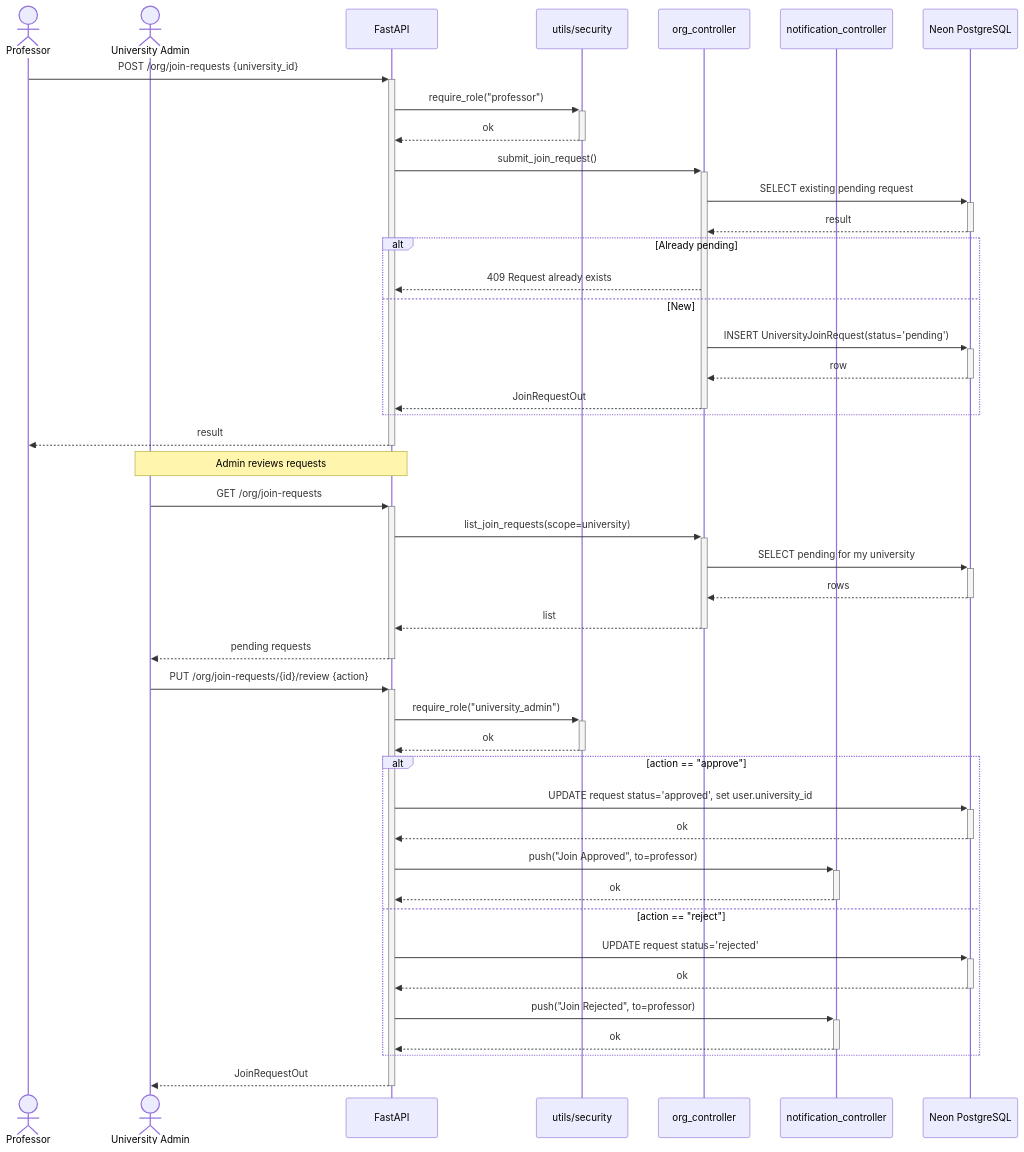
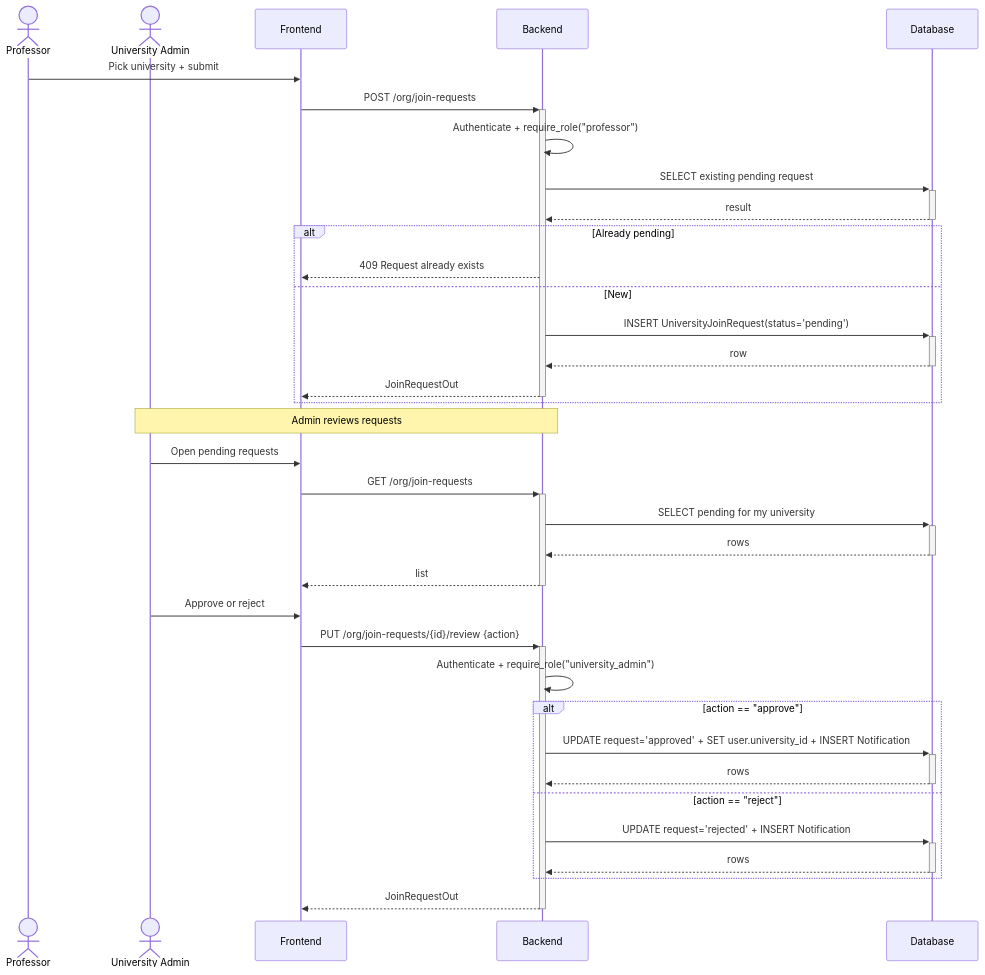
The fifth of 6 diagrams in docs/sprints/SPRINT_6.md (yazidha09/Hub4Learners), drawn with Mermaid before and after one commit. The commit also changed other lines of this file and 5 other files, not shown here.

````diff
--- a/docs/sprints/SPRINT_6.md
+++ b/docs/sprints/SPRINT_6.md
@@ -235,50 +225,41 @@
 ```mermaid
 sequenceDiagram
     actor Professor
     actor UniAdmin as University Admin
-    participant API as FastAPI
-    participant Sec as utils/security
-    participant Org as org_controller
-    participant Notif as notification_controller
-    participant DB as Neon PostgreSQL
+    participant Frontend
+    participant Backend
+    participant DB as Database
 
-    Professor->>+API: POST /org/join-requests {university_id}
-    API->>+Sec: require_role("professor")
-    Sec-->>-API: ok
-    API->>+Org: submit_join_request()
-    Org->>+DB: SELECT existing pending request
-    DB-->>-Org: result
+    Professor->>Frontend: Pick university + submit
+    Frontend->>+Backend: POST /org/join-requests
+    Backend->>Backend: Authenticate + require_role("professor")
+    Backend->>+DB: SELECT existing pending request
+    DB-->>-Backend: result
     alt Already pending
-        Org-->>API: 409 Request already exists
+        Backend-->>Frontend: 409 Request already exists
     else New
-        Org->>+DB: INSERT UniversityJoinRequest(status='pending')
-        DB-->>-Org: row
-        Org-->>-API: JoinRequestOut
+        Backend->>+DB: INSERT UniversityJoinRequest(status='pending')
+        DB-->>-Backend: row
+        Backend-->>-Frontend: JoinRequestOut
     end
-    API-->>-Professor: result
 
-    Note over UniAdmin,API: Admin reviews requests
+    Note over UniAdmin,Backend: Admin reviews requests
 
-    UniAdmin->>+API: GET /org/join-requests
-    API->>+Org: list_join_requests(scope=university)
-    Org->>+DB: SELECT pending for my university
-    DB-->>-Org: rows
-    Org-->>-API: list
-    API-->>-UniAdmin: pending requests
+    UniAdmin->>Frontend: Open pending requests
+    Frontend->>+Backend: GET /org/join-requests
+    Backend->>+DB: SELECT pending for my university
+    DB-->>-Backend: rows
+    Backend-->>-Frontend: list
 
-    UniAdmin->>+API: PUT /org/join-requests/{id}/review {action}
-    API->>+Sec: require_role("university_admin")
-    Sec-->>-API: ok
+    UniAdmin->>Frontend: Approve or reject
+    Frontend->>+Backend: PUT /org/join-requests/{id}/review {action}
+    Backend->>Backend: Authenticate + require_role("university_admin")
     alt action == "approve"
-        API->>+DB: UPDATE request status='approved', set user.university_id
-        DB-->>-API: ok
-        API->>+Notif: push("Join Approved", to=professor)
-        Notif-->>-API: ok
+        Backend->>+DB: UPDATE request='approved' + SET user.university_id + INSERT Notification
+        DB-->>-Backend: rows
     else action == "reject"
-        API->>+DB: UPDATE request status='rejected'
-        DB-->>-API: ok
-        API->>+Notif: push("Join Rejected", to=professor)
-        Notif-->>-API: ok
+        Backend->>+DB: UPDATE request='rejected' + INSERT Notification
+        DB-->>-Backend: rows
     end
-    API-->>-UniAdmin: JoinRequestOut
+    Backend-->>-Frontend: JoinRequestOut
 ```
````
